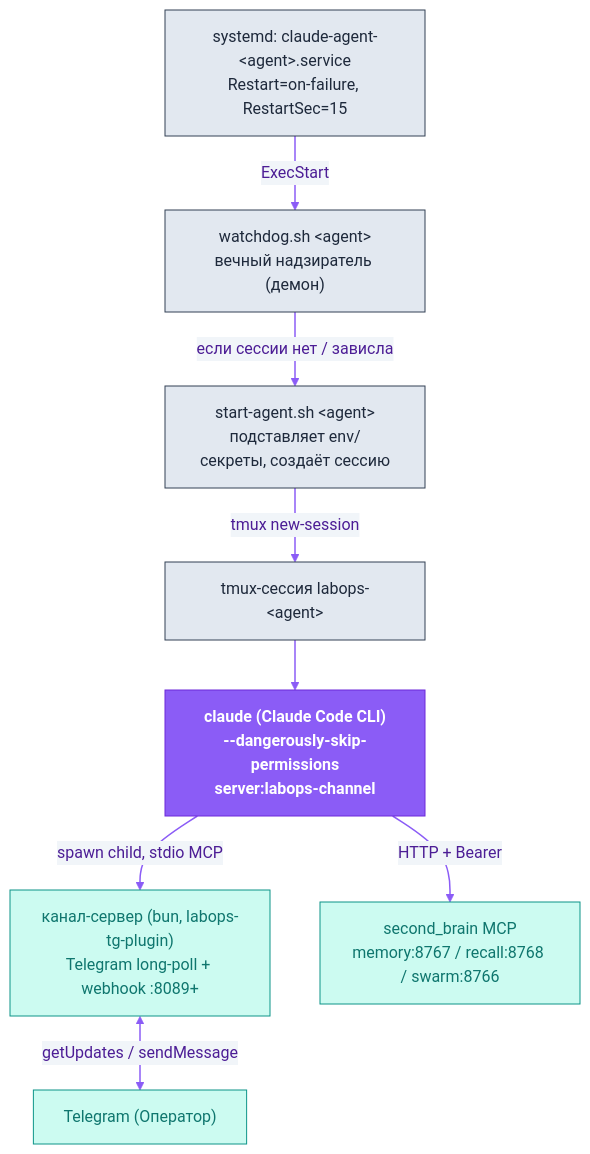
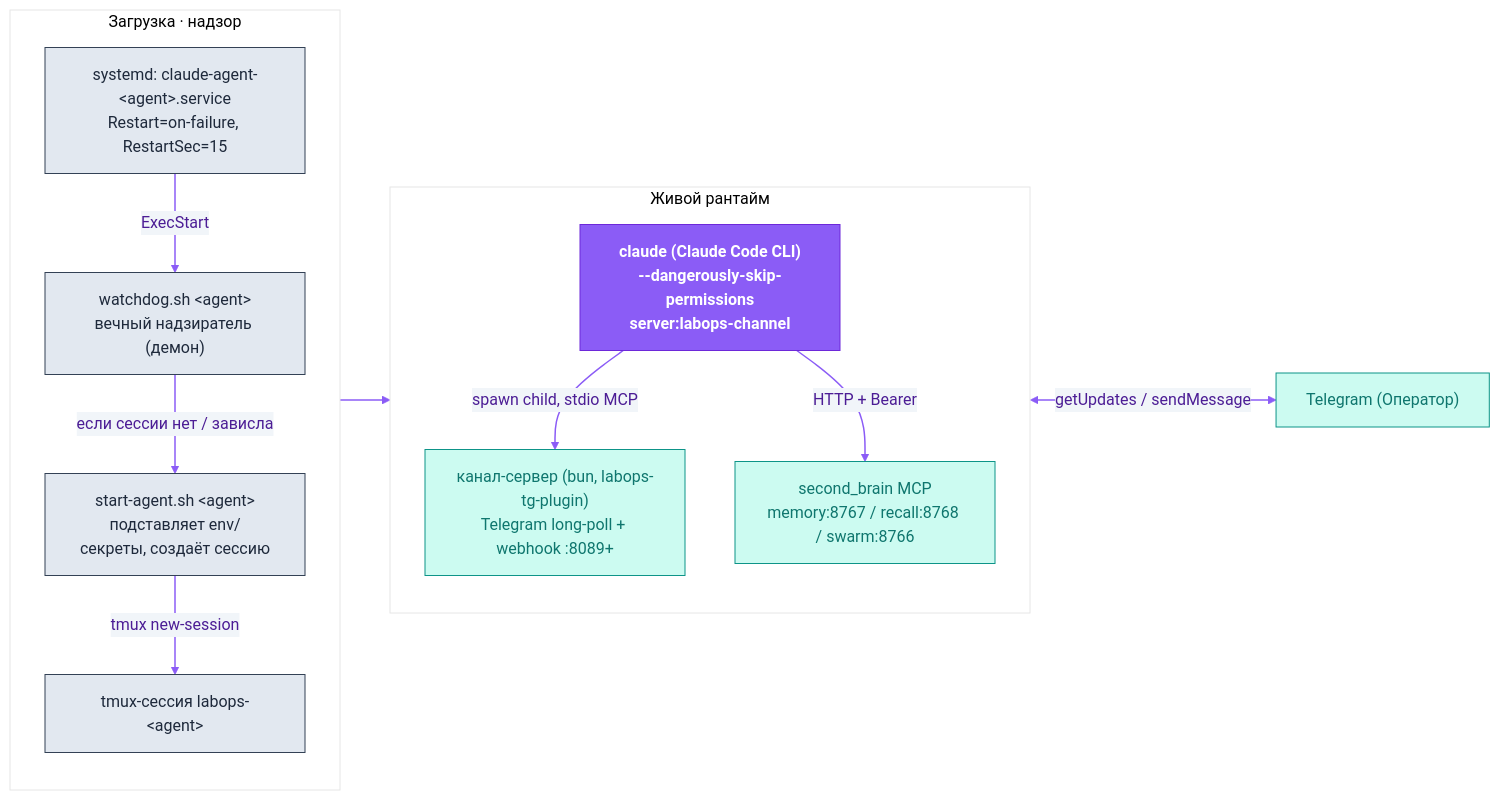
Before and after one commit to dediukhinpa/labops-agent-architecture: the second of 4 diagrams in README.ru.md, drawn with Mermaid. The commit also changed other lines of this file and 4 other files, not shown here.

````diff
--- a/README.ru.md
+++ b/README.ru.md
@@ -137,27 +138,32 @@
 ```mermaid
 %%{init: {'theme':'base','themeVariables':{'primaryColor':'#EDE9FE','primaryTextColor':'#4C1D95','primaryBorderColor':'#8B5CF6','lineColor':'#8B5CF6','secondaryColor':'#F1F5F9','tertiaryColor':'#ffffff','fontFamily':'Helvetica,Arial,sans-serif'}}}%%
-flowchart TD
-  SD["systemd: claude-agent-&lt;agent&gt;.service<br/>Restart=on-failure, RestartSec=15"]
-  WD["watchdog.sh &lt;agent&gt;<br/>вечный надзиратель (демон)"]
-  SA["start-agent.sh &lt;agent&gt;<br/>подставляет env/секреты, создаёт сессию"]
-  TM["tmux-сессия labops-&lt;agent&gt;"]
-  CC["claude (Claude Code CLI)<br/>--dangerously-skip-permissions<br/>server:labops-channel"]
-  BUN["канал-сервер (bun, labops-tg-plugin)<br/>Telegram long-poll + webhook :8089+"]
-  SB["second_brain MCP<br/>memory:8767 / recall:8768 / swarm:8766"]
-
-  SD -->|ExecStart| WD
-  WD -->|если сессии нет / зависла| SA
-  SA -->|tmux new-session| TM
+flowchart LR
+  subgraph boot["Загрузка · надзор"]
+    direction TB
+    SD["systemd: claude-agent-&lt;agent&gt;.service<br/>Restart=on-failure, RestartSec=15"]
+    WD["watchdog.sh &lt;agent&gt;<br/>вечный надзиратель (демон)"]
+    SA["start-agent.sh &lt;agent&gt;<br/>подставляет env/секреты, создаёт сессию"]
+    TM["tmux-сессия labops-&lt;agent&gt;"]
+    SD -->|ExecStart| WD
+    WD -->|если сессии нет / зависла| SA
+    SA -->|tmux new-session| TM
+  end
+  subgraph live["Живой рантайм"]
+    direction TB
+    CC["claude (Claude Code CLI)<br/>--dangerously-skip-permissions<br/>server:labops-channel"]
+    BUN["канал-сервер (bun, labops-tg-plugin)<br/>Telegram long-poll + webhook :8089+"]
+    SB["second_brain MCP<br/>memory:8767 / recall:8768 / swarm:8766"]
+  end
   TM --> CC
   CC -->|spawn child, stdio MCP| BUN
   CC -->|HTTP + Bearer| SB
   BUN <-->|getUpdates / sendMessage| TG["Telegram (Оператор)"]
   classDef brand fill:#8B5CF6,stroke:#6D28D9,color:#ffffff,font-weight:bold
   classDef ext fill:#CCFBF1,stroke:#0D9488,color:#0F766E
   classDef store fill:#FEF3C7,stroke:#D97706,color:#92400E
   classDef sys fill:#E2E8F0,stroke:#334155,color:#1E293B
   linkStyle default stroke:#8B5CF6,stroke-width:1.5px
   class CC brand
   class SD,WD,SA,TM sys
   class BUN,SB,TG ext
 ```
````
